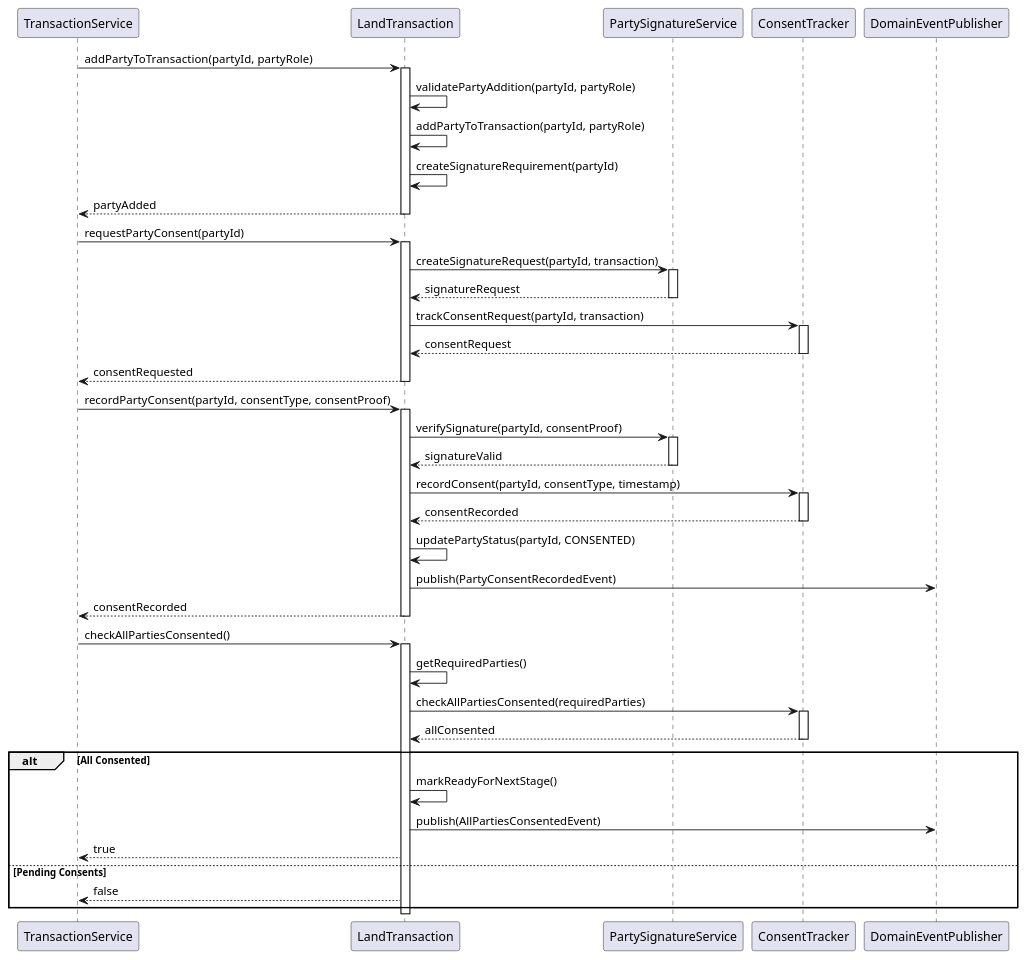
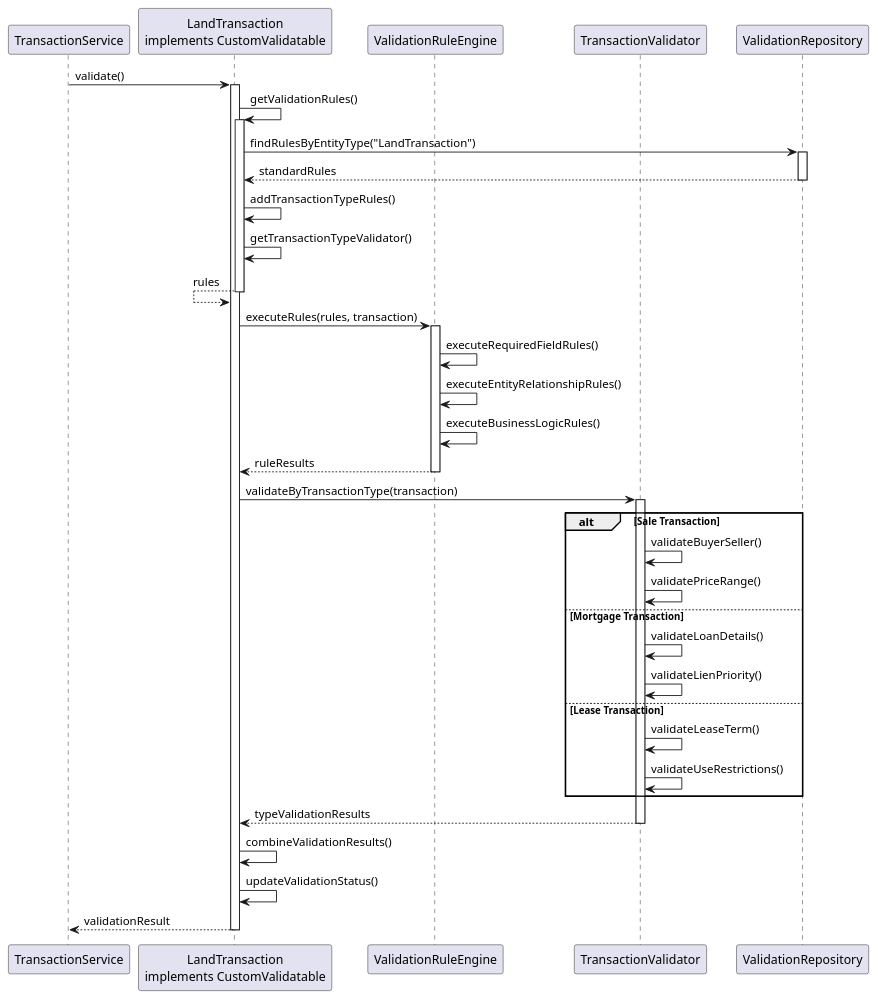
Diagram 14 of 16 in src/docs/asciidoc/design/concrete-data-model/land/land-transaction.adoc (fernsky/likhupike-backend-dpms), drawn with PlantUML before and after one commit. The commit also changed other lines of this file and 1 other file, not shown here.

Commit message:
feat(docs): enhance LandTransaction model with workflow, batch processing, and validation capabilities

```diff
--- a/src/docs/asciidoc/design/concrete-data-model/land/land-transaction.adoc
+++ b/src/docs/asciidoc/design/concrete-data-model/land/land-transaction.adoc
@@ -517,73 +1198,55 @@
 [plantuml]
 ----
 @startuml
 participant "TransactionService" as Service
-participant "LandTransaction" as Transaction
-participant "PartySignatureService" as Signatures
-participant "ConsentTracker" as Consent
-participant "DomainEventPublisher" as Events
+participant "LandTransaction\nimplements CustomValidatable" as Transaction
+participant "ValidationRuleEngine" as Rules
+participant "TransactionValidator" as Validator
+participant "ValidationRepository" as Repo
 
-Service -> Transaction : addPartyToTransaction(partyId, partyRole)
+Service -> Transaction : validate()
 activate Transaction
 
-Transaction -> Transaction : validatePartyAddition(partyId, partyRole)
-Transaction -> Transaction : addPartyToTransaction(partyId, partyRole)
-Transaction -> Transaction : createSignatureRequirement(partyId)
+Transaction -> Transaction : getValidationRules()
+activate Transaction
+Transaction -> Repo : findRulesByEntityType("LandTransaction")
+activate Repo
+Transaction <-- Repo : standardRules
+deactivate Repo
 
-Service <-- Transaction : partyAdded
+Transaction -> Transaction : addTransactionTypeRules()
+Transaction -> Transaction : getTransactionTypeValidator()
+Transaction <-- Transaction : rules
 deactivate Transaction
 
-Service -> Transaction : requestPartyConsent(partyId)
-activate Transaction
+Transaction -> Rules : executeRules(rules, transaction)
+activate Rules
+Rules -> Rules : executeRequiredFieldRules()
+Rules -> Rules : executeEntityRelationshipRules()
+Rules -> Rules : executeBusinessLogicRules()
+Transaction <-- Rules : ruleResults
+deactivate Rules
 
-Transaction -> Signatures : createSignatureRequest(partyId, transaction)
-activate Signatures
-Transaction <-- Signatures : signatureRequest
-deactivate Signatures
+Transaction -> Validator : validateByTransactionType(transaction)
+activate Validator
+alt Sale Transaction
+  Validator -> Validator : validateBuyerSeller()
+  Validator -> Validator : validatePriceRange()
+else Mortgage Transaction
+  Validator -> Validator : validateLoanDetails()
+  Validator -> Validator : validateLienPriority()
+else Lease Transaction
+  Validator -> Validator : validateLeaseTerm()
+  Validator -> Validator : validateUseRestrictions()
+end
+Transaction <-- Validator : typeValidationResults
+deactivate Validator
 
-Transaction -> Consent : trackConsentRequest(partyId, transaction)
-activate Consent
-Transaction <-- Consent : consentRequest
-deactivate Consent
+Transaction -> Transaction : combineValidationResults()
+Transaction -> Transaction : updateValidationStatus()
 
-Service <-- Transaction : consentRequested
+Service <-- Transaction : validationResult
 deactivate Transaction
 
-Service -> Transaction : recordPartyConsent(partyId, consentType, consentProof)
-activate Transaction
-
-Transaction -> Signatures : verifySignature(partyId, consentProof)
-activate Signatures
-Transaction <-- Signatures : signatureValid
-deactivate Signatures
-
-Transaction -> Consent : recordConsent(partyId, consentType, timestamp)
-activate Consent
-Transaction <-- Consent : consentRecorded
-deactivate Consent
-
-Transaction -> Transaction : updatePartyStatus(partyId, CONSENTED)
-Transaction -> Events : publish(PartyConsentRecordedEvent)
-
-Service <-- Transaction : consentRecorded
-deactivate Transaction
-
-Service -> Transaction : checkAllPartiesConsented()
-activate Transaction
-
-Transaction -> Transaction : getRequiredParties()
-Transaction -> Consent : checkAllPartiesConsented(requiredParties)
-activate Consent
-Transaction <-- Consent : allConsented
-deactivate Consent
-
-alt All Consented
-  Transaction -> Transaction : markReadyForNextStage()
-  Transaction -> Events : publish(AllPartiesConsentedEvent)
-  Service <-- Transaction : true
-else Pending Consents
-  Service <-- Transaction : false
-end
-deactivate Transaction
 @enduml
 ----
```
